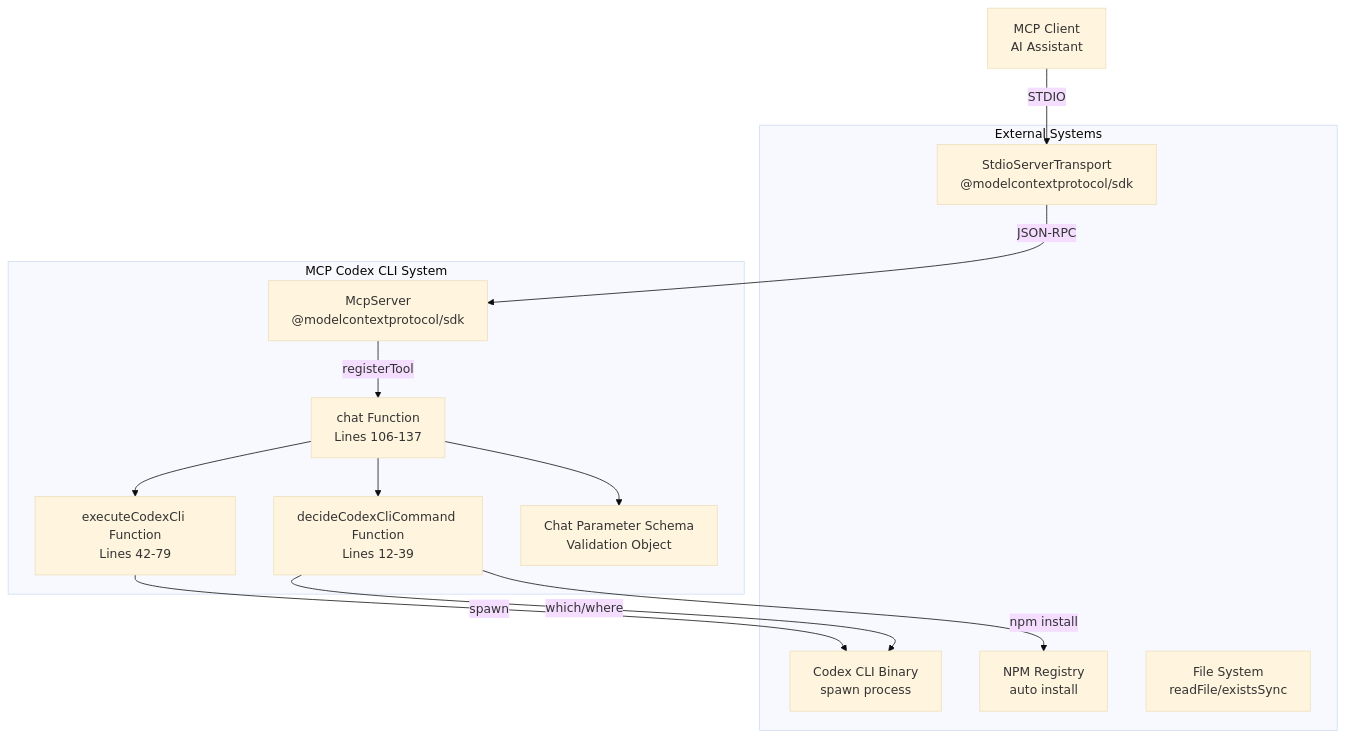
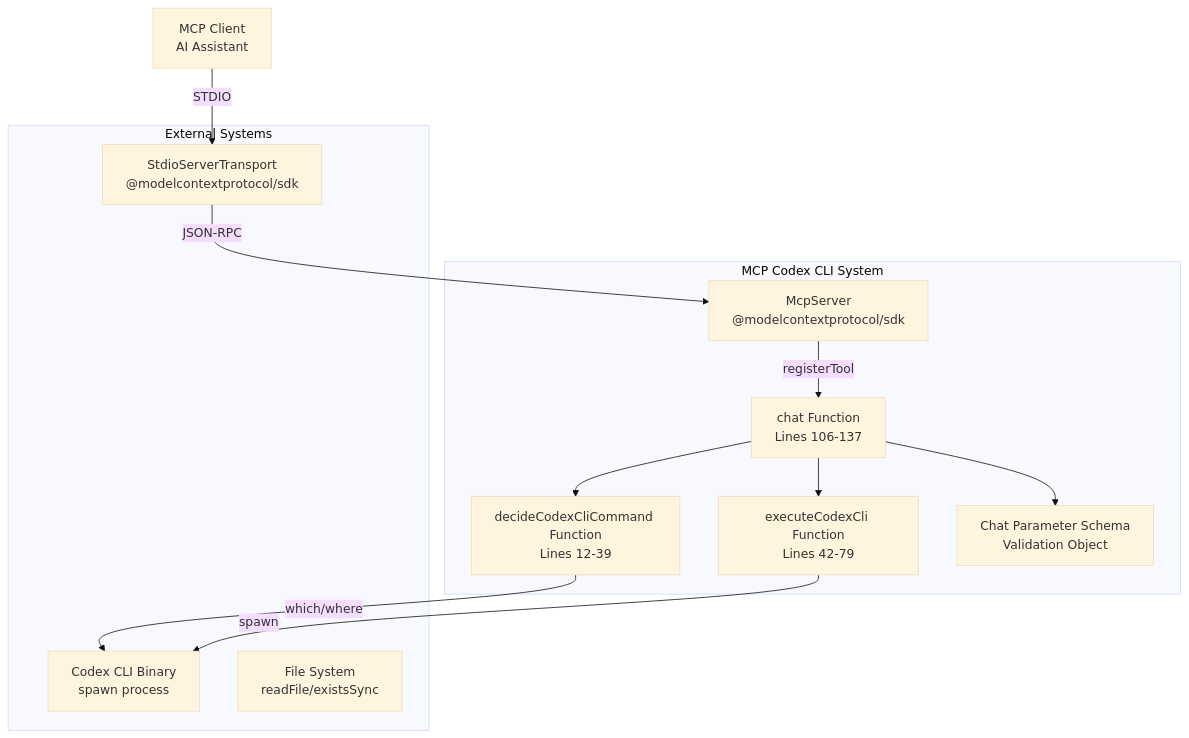
One commit to suwa-sh/mcp-codex-cli changed the second of 4 diagrams in ARCHITECTURE.md. Above: the diagram before and after it, drawn with Mermaid (base theme). The commit also changed other lines of this file and 11 other files, not shown here.

````diff
--- a/ARCHITECTURE.md
+++ b/ARCHITECTURE.md
@@ -34,31 +34,29 @@
 ```mermaid
 graph TB
     subgraph SystemCore ["MCP Codex CLI System"]
         MCPServer["McpServer<br/>@modelcontextprotocol/sdk"]
         Chat["chat Function<br/>Lines 106-137"]
         DecideCodex["decideCodexCliCommand Function<br/>Lines 12-39"]
         ExecuteCodex["executeCodexCli Function<br/>Lines 42-79"]
         ZodSchemas["Chat Parameter Schema<br/>Validation Object"]
     end
     
     subgraph ExternalSystems ["External Systems"]
         StdioTransport["StdioServerTransport<br/>@modelcontextprotocol/sdk"]
         CodexCLI["Codex CLI Binary<br/>spawn process"]
-        NPM["NPM Registry<br/>auto install"]
         FileSystem["File System<br/>readFile/existsSync"]
     end
     
     MCPClient["MCP Client<br/>AI Assistant"]
     
     MCPClient -->|STDIO| StdioTransport
     StdioTransport -->|JSON-RPC| MCPServer
     MCPServer -->|registerTool| Chat
     
     Chat --> ZodSchemas
     Chat --> DecideCodex
     Chat --> ExecuteCodex
     
     DecideCodex -->|which/where| CodexCLI
-    DecideCodex -->|npm install| NPM
     ExecuteCodex -->|spawn| CodexCLI
 ```
````
